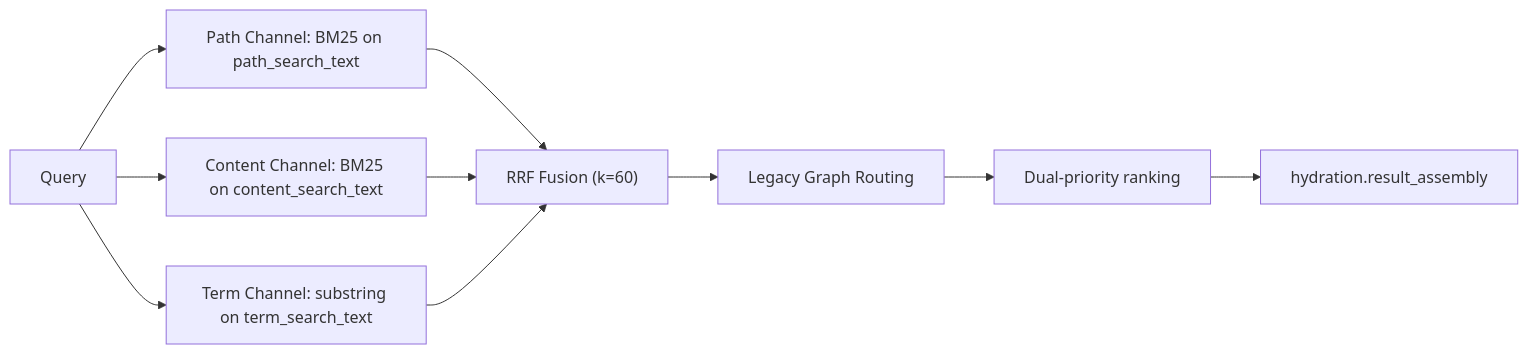
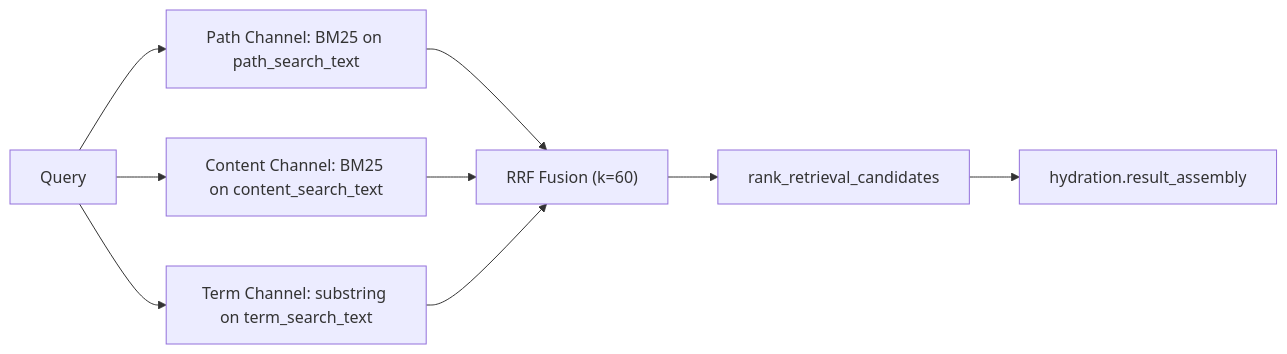
Before and after one commit to gabrielmoreira/agent-skills-mirror: the fourth of 4 diagrams in mirrors/repos/Ontos-AI@knowhere/AGENTS.md, drawn with Mermaid. The commit also changed other lines of this file and 2625 other files, not shown here.

````diff
--- a/mirrors/repos/Ontos-AI@knowhere/AGENTS.md
+++ b/mirrors/repos/Ontos-AI@knowhere/AGENTS.md
@@ -564,12 +562,11 @@
 ```mermaid
 flowchart LR
     Q[Query] --> P[Path Channel: BM25 on path_search_text]
     Q --> C[Content Channel: BM25 on content_search_text]
     Q --> T[Term Channel: substring on term_search_text]
     P --> RRF["RRF Fusion (k=60)"]
     C --> RRF
     T --> RRF
-    RRF --> Graph[Legacy Graph Routing]
-    Graph --> Rank[Dual-priority ranking]
+    RRF --> Rank[rank_retrieval_candidates]
     Rank --> Assemble[hydration.result_assembly]
 ```
````
